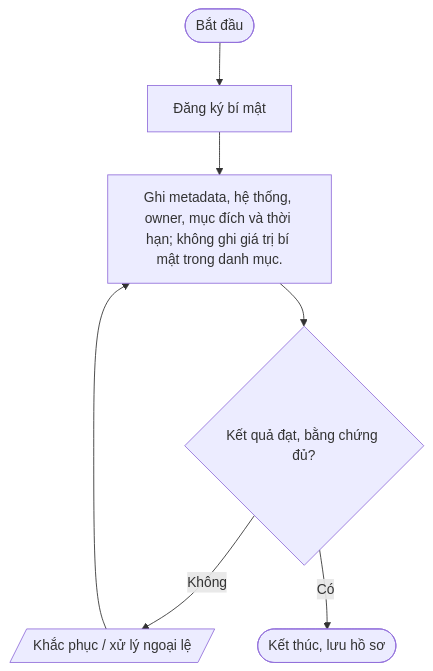
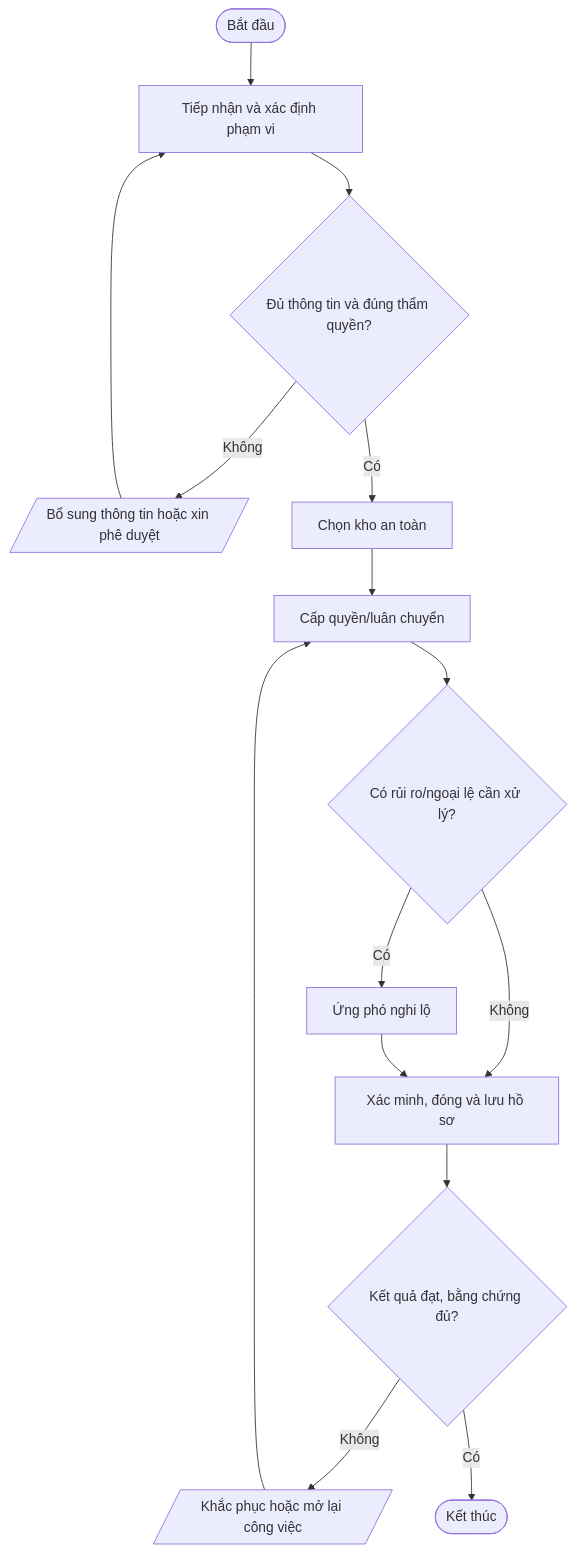
The third of 11 diagrams in quy-trinh/03-An-toan-thong-tin/README.md (daoaigiangnam/Quy_Trinh_Chuan), drawn with Mermaid before and after one commit. The commit also changed other lines of this file, not shown here.

Commit message:
docs: refine detailed procedure steps and Mermaid flowcharts

````diff
--- a/quy-trinh/03-An-toan-thong-tin/README.md
+++ b/quy-trinh/03-An-toan-thong-tin/README.md
@@ -194,11 +233,17 @@
 ```mermaid
 flowchart TD
-  A([Bắt đầu]) --> S1
-  S1["Đăng ký bí mật"]
-  S2["Ghi metadata, hệ thống, owner, mục đích và thời hạn; không ghi giá trị bí mật trong danh mục."]
-  S1 --> S2
-  S2 --> D2{"Kết quả đạt, bằng chứng đủ?"}
-  D2 -- Không --> REWORK[/"Khắc phục / xử lý ngoại lệ"/]
-  REWORK --> S2
-  D2 -- Có --> Z([Kết thúc, lưu hồ sơ])
+  A([Bắt đầu]) --> S1["Tiếp nhận và xác định phạm vi"]
+  S1 --> D1{"Đủ thông tin và đúng thẩm quyền?"}
+  D1 -- Không --> F1[/"Bổ sung thông tin hoặc xin phê duyệt"/]
+  F1 --> S1
+  D1 -- Có --> S2["Chọn kho an toàn"]
+  S2 --> S3["Cấp quyền/luân chuyển"]
+  S3 --> D2{"Có rủi ro/ngoại lệ cần xử lý?"}
+  D2 -- Có --> S4["Ứng phó nghi lộ"]
+  D2 -- Không --> S5["Xác minh, đóng và lưu hồ sơ"]
+  S4 --> S5
+  S5 --> D3{"Kết quả đạt, bằng chứng đủ?"}
+  D3 -- Không --> R[/"Khắc phục hoặc mở lại công việc"/]
+  R --> S3
+  D3 -- Có --> Z([Kết thúc])
 ```
````
